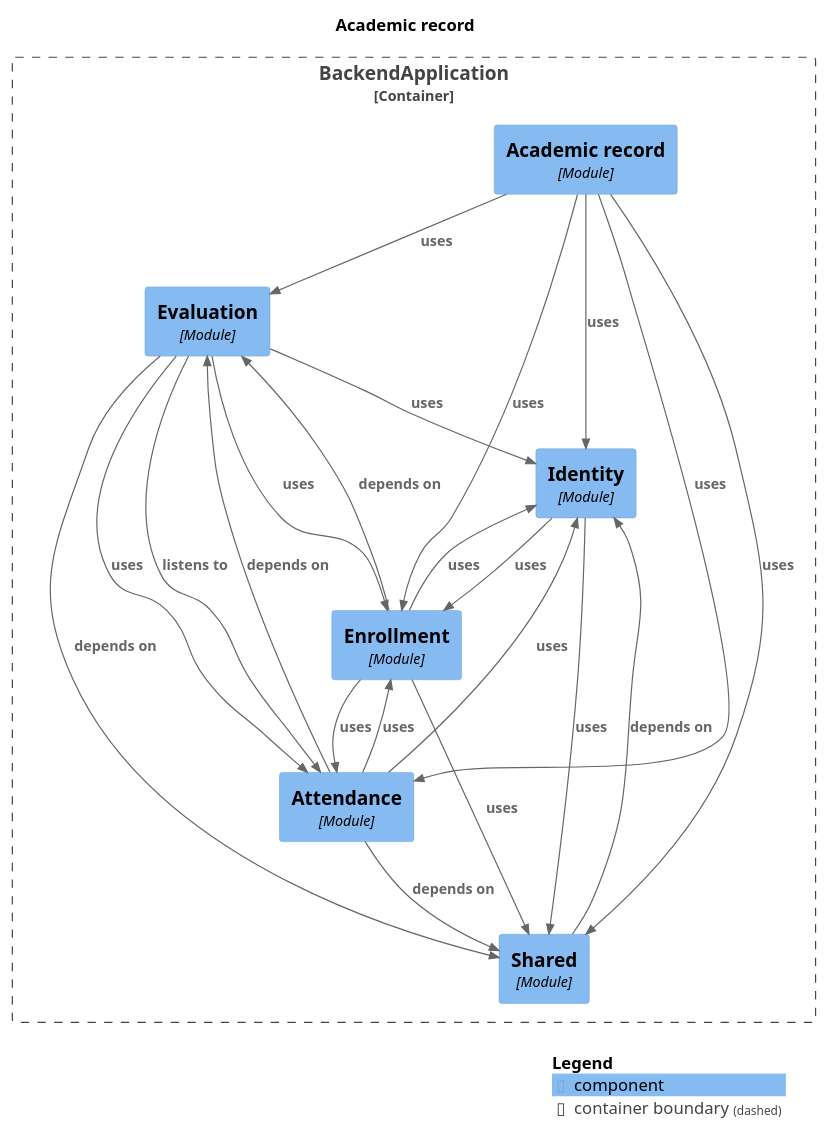
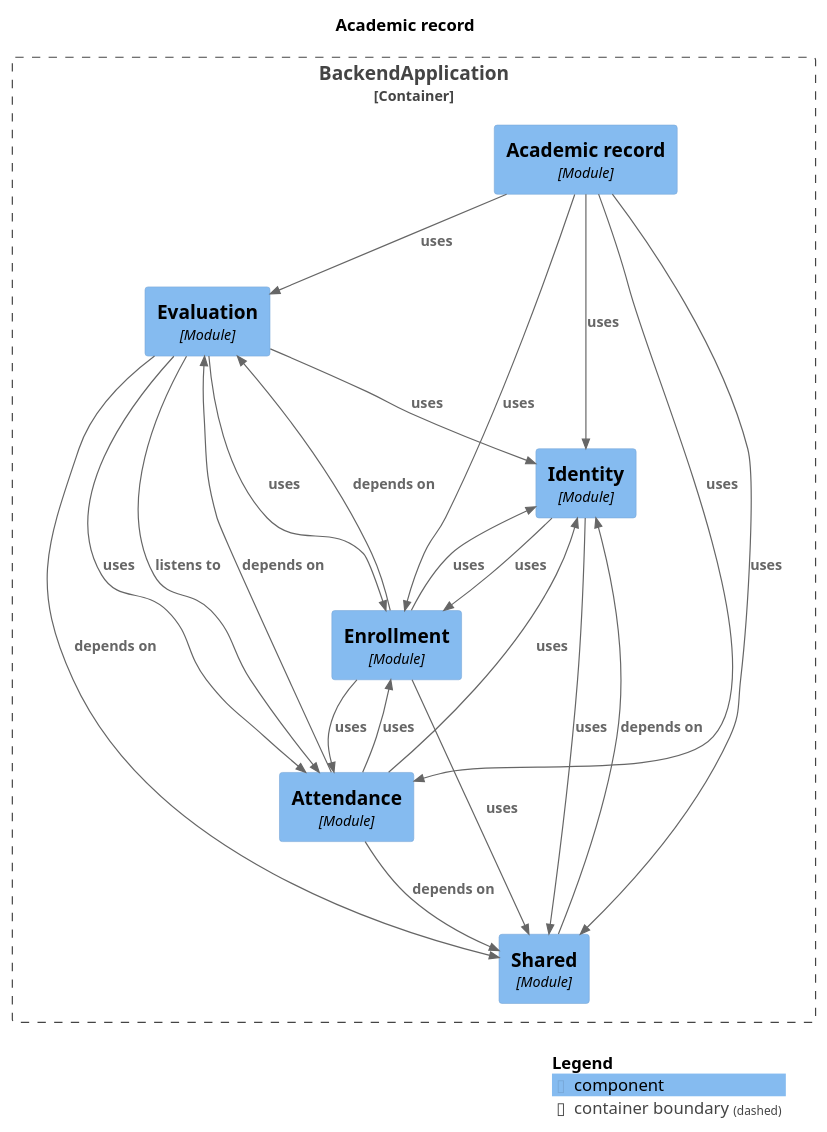
The diagram in docs/architecture/module-academicrecord.puml (Gabriel030/agustina-bermejo-app), drawn with PlantUML before and after one commit. The commit also changed other lines of this file and 14 other files, not shown here.

```diff
--- a/docs/architecture/module-academicrecord.puml
+++ b/docs/architecture/module-academicrecord.puml
@@ -1,43 +1,43 @@
 @startuml
 set separator none
 title Academic record
 
 top to bottom direction
 
 !include <C4/C4>
 !include <C4/C4_Context>
 !include <C4/C4_Component>
 
 Container_Boundary("BackendApplication.BackendApplication_boundary", "BackendApplication", $tags="") {
   Component(BackendApplication.BackendApplication.Evaluation, "Evaluation", $techn="Module", $descr="", $tags="", $link="")
   Component(BackendApplication.BackendApplication.Identity, "Identity", $techn="Module", $descr="", $tags="", $link="")
   Component(BackendApplication.BackendApplication.Shared, "Shared", $techn="Module", $descr="", $tags="", $link="")
   Component(BackendApplication.BackendApplication.Academicrecord, "Academic record", $techn="Module", $descr="", $tags="", $link="")
   Component(BackendApplication.BackendApplication.Attendance, "Attendance", $techn="Module", $descr="", $tags="", $link="")
   Component(BackendApplication.BackendApplication.Enrollment, "Enrollment", $techn="Module", $descr="", $tags="", $link="")
 }
 
+Rel(BackendApplication.BackendApplication.Academicrecord, BackendApplication.BackendApplication.Attendance, "uses", $techn="", $tags="", $link="")
+Rel(BackendApplication.BackendApplication.Academicrecord, BackendApplication.BackendApplication.Enrollment, "uses", $techn="", $tags="", $link="")
+Rel(BackendApplication.BackendApplication.Academicrecord, BackendApplication.BackendApplication.Evaluation, "uses", $techn="", $tags="", $link="")
+Rel(BackendApplication.BackendApplication.Academicrecord, BackendApplication.BackendApplication.Identity, "uses", $techn="", $tags="", $link="")
+Rel(BackendApplication.BackendApplication.Academicrecord, BackendApplication.BackendApplication.Shared, "uses", $techn="", $tags="", $link="")
+Rel(BackendApplication.BackendApplication.Attendance, BackendApplication.BackendApplication.Enrollment, "uses", $techn="", $tags="", $link="")
+Rel(BackendApplication.BackendApplication.Attendance, BackendApplication.BackendApplication.Evaluation, "depends on", $techn="", $tags="", $link="")
+Rel(BackendApplication.BackendApplication.Attendance, BackendApplication.BackendApplication.Identity, "uses", $techn="", $tags="", $link="")
+Rel(BackendApplication.BackendApplication.Attendance, BackendApplication.BackendApplication.Shared, "depends on", $techn="", $tags="", $link="")
 Rel(BackendApplication.BackendApplication.Enrollment, BackendApplication.BackendApplication.Attendance, "uses", $techn="", $tags="", $link="")
-Rel(BackendApplication.BackendApplication.Enrollment, BackendApplication.BackendApplication.Shared, "uses", $techn="", $tags="", $link="")
-Rel(BackendApplication.BackendApplication.Academicrecord, BackendApplication.BackendApplication.Identity, "uses", $techn="", $tags="", $link="")
-Rel(BackendApplication.BackendApplication.Academicrecord, BackendApplication.BackendApplication.Enrollment, "uses", $techn="", $tags="", $link="")
-Rel(BackendApplication.BackendApplication.Academicrecord, BackendApplication.BackendApplication.Attendance, "uses", $techn="", $tags="", $link="")
-Rel(BackendApplication.BackendApplication.Academicrecord, BackendApplication.BackendApplication.Evaluation, "uses", $techn="", $tags="", $link="")
-Rel(BackendApplication.BackendApplication.Academicrecord, BackendApplication.BackendApplication.Shared, "uses", $techn="", $tags="", $link="")
-Rel(BackendApplication.BackendApplication.Shared, BackendApplication.BackendApplication.Identity, "depends on", $techn="", $tags="", $link="")
-Rel(BackendApplication.BackendApplication.Identity, BackendApplication.BackendApplication.Shared, "uses", $techn="", $tags="", $link="")
-Rel(BackendApplication.BackendApplication.Identity, BackendApplication.BackendApplication.Enrollment, "uses", $techn="", $tags="", $link="")
-Rel(BackendApplication.BackendApplication.Attendance, BackendApplication.BackendApplication.Shared, "depends on", $techn="", $tags="", $link="")
-Rel(BackendApplication.BackendApplication.Attendance, BackendApplication.BackendApplication.Evaluation, "depends on", $techn="", $tags="", $link="")
-Rel(BackendApplication.BackendApplication.Attendance, BackendApplication.BackendApplication.Enrollment, "uses", $techn="", $tags="", $link="")
-Rel(BackendApplication.BackendApplication.Attendance, BackendApplication.BackendApplication.Identity, "uses", $techn="", $tags="", $link="")
-Rel(BackendApplication.BackendApplication.Evaluation, BackendApplication.BackendApplication.Attendance, "listens to", $techn="", $tags="", $link="")
-Rel(BackendApplication.BackendApplication.Evaluation, BackendApplication.BackendApplication.Shared, "depends on", $techn="", $tags="", $link="")
-Rel(BackendApplication.BackendApplication.Evaluation, BackendApplication.BackendApplication.Identity, "uses", $techn="", $tags="", $link="")
-Rel(BackendApplication.BackendApplication.Evaluation, BackendApplication.BackendApplication.Enrollment, "uses", $techn="", $tags="", $link="")
-Rel(BackendApplication.BackendApplication.Evaluation, BackendApplication.BackendApplication.Attendance, "uses", $techn="", $tags="", $link="")
 Rel(BackendApplication.BackendApplication.Enrollment, BackendApplication.BackendApplication.Evaluation, "depends on", $techn="", $tags="", $link="")
 Rel(BackendApplication.BackendApplication.Enrollment, BackendApplication.BackendApplication.Identity, "uses", $techn="", $tags="", $link="")
+Rel(BackendApplication.BackendApplication.Enrollment, BackendApplication.BackendApplication.Shared, "uses", $techn="", $tags="", $link="")
+Rel(BackendApplication.BackendApplication.Evaluation, BackendApplication.BackendApplication.Attendance, "listens to", $techn="", $tags="", $link="")
+Rel(BackendApplication.BackendApplication.Evaluation, BackendApplication.BackendApplication.Attendance, "uses", $techn="", $tags="", $link="")
+Rel(BackendApplication.BackendApplication.Evaluation, BackendApplication.BackendApplication.Enrollment, "uses", $techn="", $tags="", $link="")
+Rel(BackendApplication.BackendApplication.Evaluation, BackendApplication.BackendApplication.Identity, "uses", $techn="", $tags="", $link="")
+Rel(BackendApplication.BackendApplication.Evaluation, BackendApplication.BackendApplication.Shared, "depends on", $techn="", $tags="", $link="")
+Rel(BackendApplication.BackendApplication.Identity, BackendApplication.BackendApplication.Enrollment, "uses", $techn="", $tags="", $link="")
+Rel(BackendApplication.BackendApplication.Identity, BackendApplication.BackendApplication.Shared, "uses", $techn="", $tags="", $link="")
+Rel(BackendApplication.BackendApplication.Shared, BackendApplication.BackendApplication.Identity, "depends on", $techn="", $tags="", $link="")
 
 SHOW_LEGEND(true)
 @enduml
```
